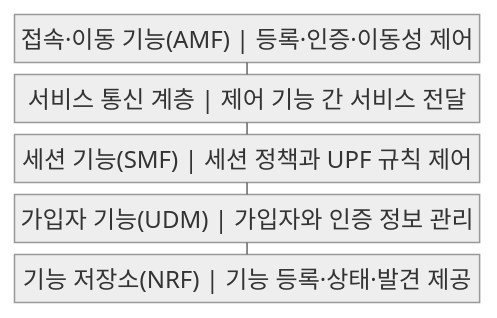
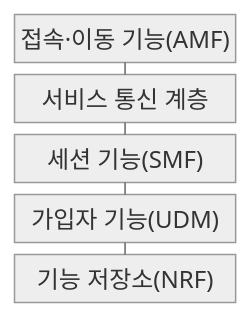
The first of 2 diagrams in src/content/docs/notes/04-network/038_5g_core_sba.md (agnusdei1207/knowledge-base), drawn with Mermaid (neutral theme) before and after one commit. The commit also changed 122 other files, not shown here.

````diff
--- a/src/content/docs/notes/04-network/038_5g_core_sba.md
+++ b/src/content/docs/notes/04-network/038_5g_core_sba.md
@@ -50,13 +50,13 @@
 ```mermaid
-block
+block-beta
     columns 1
-    A["접속·이동 기능(AMF) | 등록·인증·이동성 제어"]
-    B["서비스 통신 계층 | 제어 기능 간 서비스 전달"]
-    C["세션 기능(SMF) | 세션 정책과 UPF 규칙 제어"]
-    D["가입자 기능(UDM) | 가입자와 인증 정보 관리"]
-    E["기능 저장소(NRF) | 기능 등록·상태·발견 제공"]
+    A["접속·이동 기능(AMF)"]
+    B["서비스 통신 계층"]
+    C["세션 기능(SMF)"]
+    D["가입자 기능(UDM)"]
+    E["기능 저장소(NRF)"]
     A --- B
     B --- C
     C --- D
     D --- E
 ```
````
